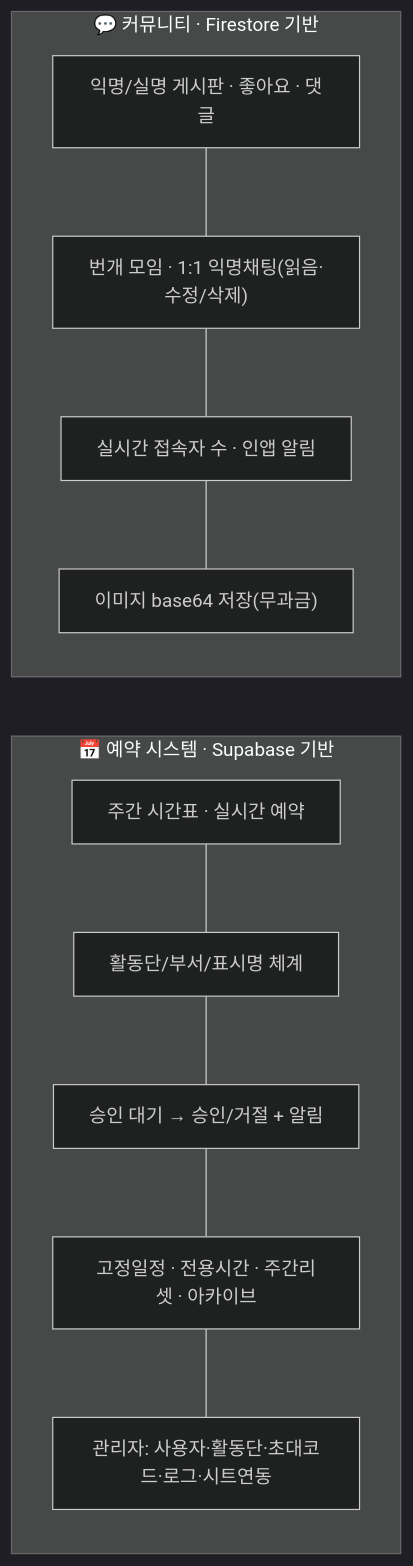
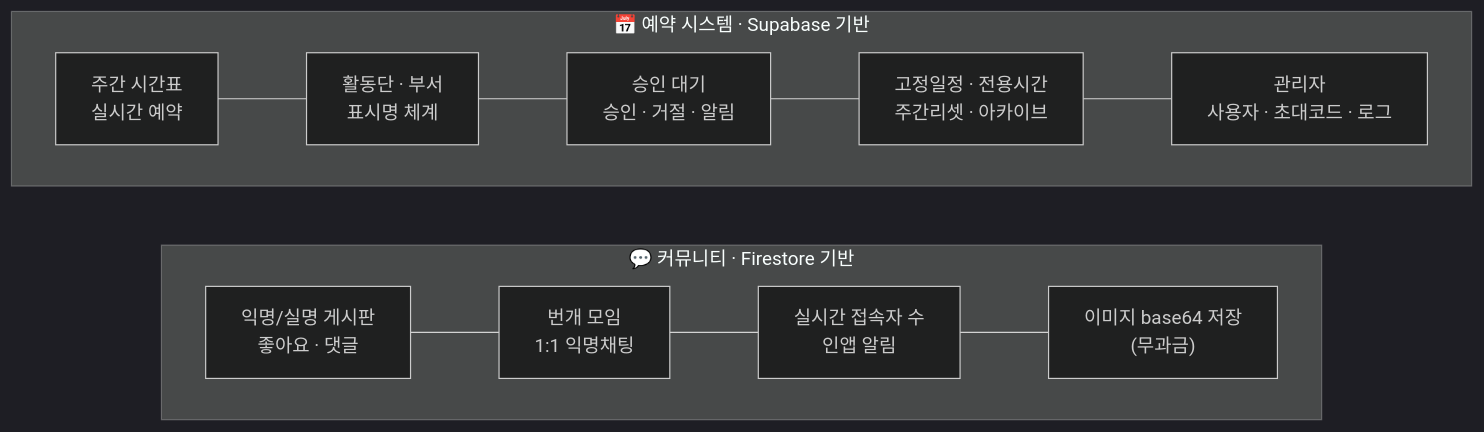
One commit to YOUTHNAROO/Open_Schedule changed the second of 3 diagrams in README.md. Above: the diagram before and after it, drawn with Mermaid (dark theme). The commit also changed other lines of this file, not shown here.

````diff
--- a/README.md
+++ b/README.md
@@ -94,18 +94,21 @@
 ```mermaid
-flowchart LR
+flowchart TB
     subgraph RSV["📅 예약 시스템 · Supabase 기반"]
-        R1["주간 시간표 · 실시간 예약"]
-        R2["활동단/부서/표시명 체계"]
-        R3["승인 대기 → 승인/거절 + 알림"]
-        R4["고정일정 · 전용시간 · 주간리셋 · 아카이브"]
-        R5["관리자: 사용자·활동단·초대코드·로그·시트연동"]
+        direction LR
+        R1["주간 시간표<br/>실시간 예약"]
+        R2["활동단 · 부서<br/>표시명 체계"]
+        R3["승인 대기<br/>승인 · 거절 · 알림"]
+        R4["고정일정 · 전용시간<br/>주간리셋 · 아카이브"]
+        R5["관리자<br/>사용자 · 초대코드 · 로그"]
         R1 --- R2 --- R3 --- R4 --- R5
     end
     subgraph COM["💬 커뮤니티 · Firestore 기반"]
-        C1["익명/실명 게시판 · 좋아요 · 댓글"]
-        C2["번개 모임 · 1:1 익명채팅(읽음·수정/삭제)"]
-        C3["실시간 접속자 수 · 인앱 알림"]
-        C4["이미지 base64 저장(무과금)"]
+        direction LR
+        C1["익명/실명 게시판<br/>좋아요 · 댓글"]
+        C2["번개 모임<br/>1:1 익명채팅"]
+        C3["실시간 접속자 수<br/>인앱 알림"]
+        C4["이미지 base64 저장<br/>(무과금)"]
         C1 --- C2 --- C3 --- C4
     end
+    RSV ~~~ COM
 ```
````
